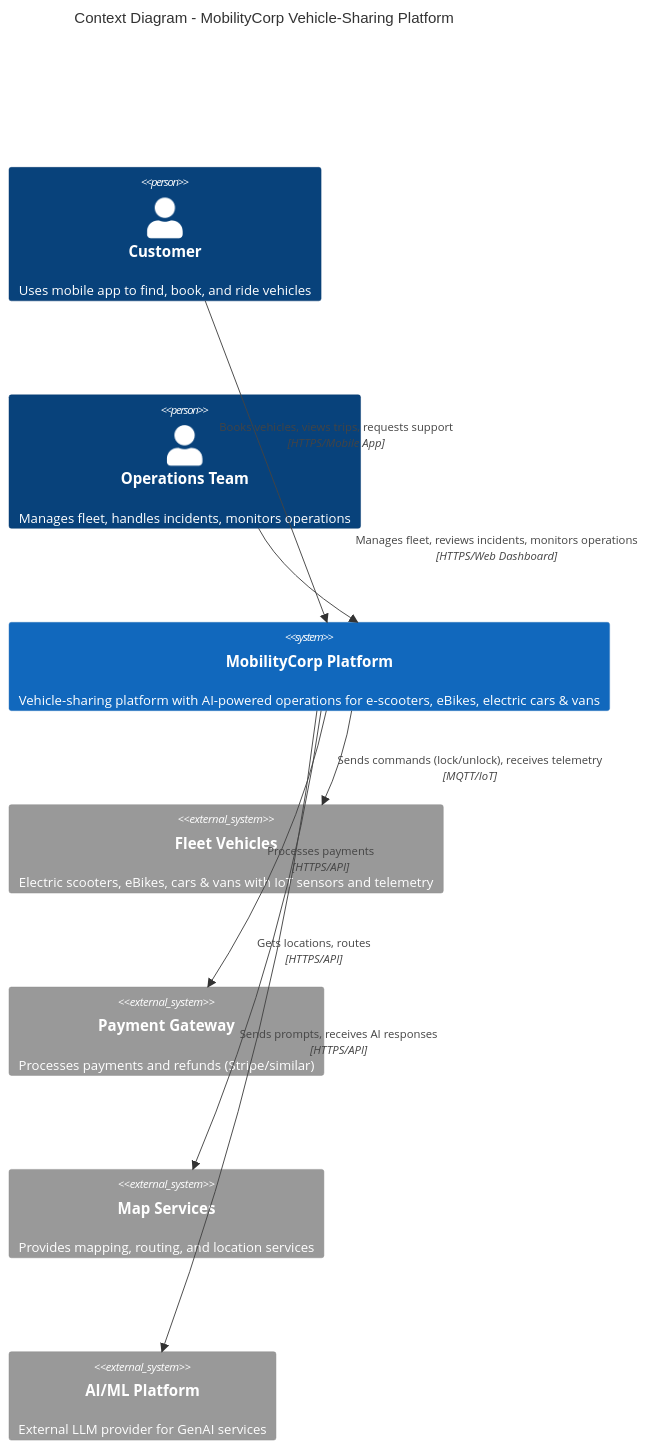
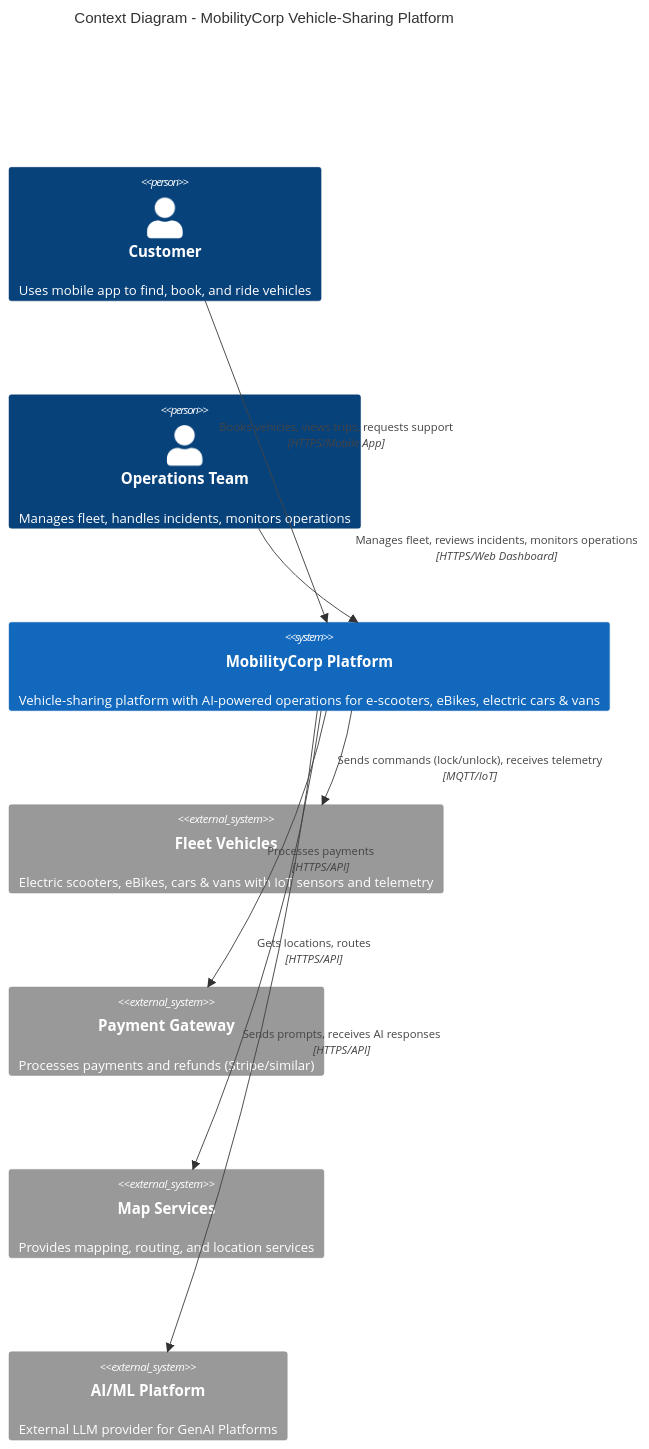
The diagram in resources/diagrams/context/context-diagram.md (vanderleisilva/uncacheable), drawn with Mermaid before and after one commit. The commit also changed 10 other files, not shown here.

Commit message:
Update to GenAI Platform term

````diff
--- a/resources/diagrams/context/context-diagram.md
+++ b/resources/diagrams/context/context-diagram.md
@@ -18,25 +18,25 @@
 ```mermaid
 C4Context
     title Context Diagram - MobilityCorp Vehicle-Sharing Platform
 
     Person(customer, "Customer", "Uses mobile app to find, book, and ride vehicles")
     Person(ops_team, "Operations Team", "Manages fleet, handles incidents, monitors operations")
 
     System(mobility_system, "MobilityCorp Platform", "Vehicle-sharing platform with AI-powered operations for e-scooters, eBikes, electric cars & vans")
 
     System_Ext(vehicles, "Fleet Vehicles", "Electric scooters, eBikes, cars & vans with IoT sensors and telemetry")
     System_Ext(payment, "Payment Gateway", "Processes payments and refunds (Stripe/similar)")
     System_Ext(maps, "Map Services", "Provides mapping, routing, and location services")
-    System_Ext(llm_provider, "AI/ML Platform", "External LLM provider for GenAI services")
+    System_Ext(llm_provider, "AI/ML Platform", "External LLM provider for GenAI Platforms")
 
     Rel(customer, mobility_system, "Books vehicles, views trips, requests support", "HTTPS/Mobile App")
     Rel(ops_team, mobility_system, "Manages fleet, reviews incidents, monitors operations", "HTTPS/Web Dashboard")
 
     Rel(mobility_system, vehicles, "Sends commands (lock/unlock), receives telemetry", "MQTT/IoT")
     Rel(mobility_system, payment, "Processes payments", "HTTPS/API")
     Rel(mobility_system, maps, "Gets locations, routes", "HTTPS/API")
     Rel(mobility_system, llm_provider, "Sends prompts, receives AI responses", "HTTPS/API")
 
     UpdateRelStyle(customer, mobility_system, $offsetY="-40", $offsetX="-50")
     UpdateRelStyle(ops_team, mobility_system, $offsetY="-40", $offsetX="50")
 ```
````
